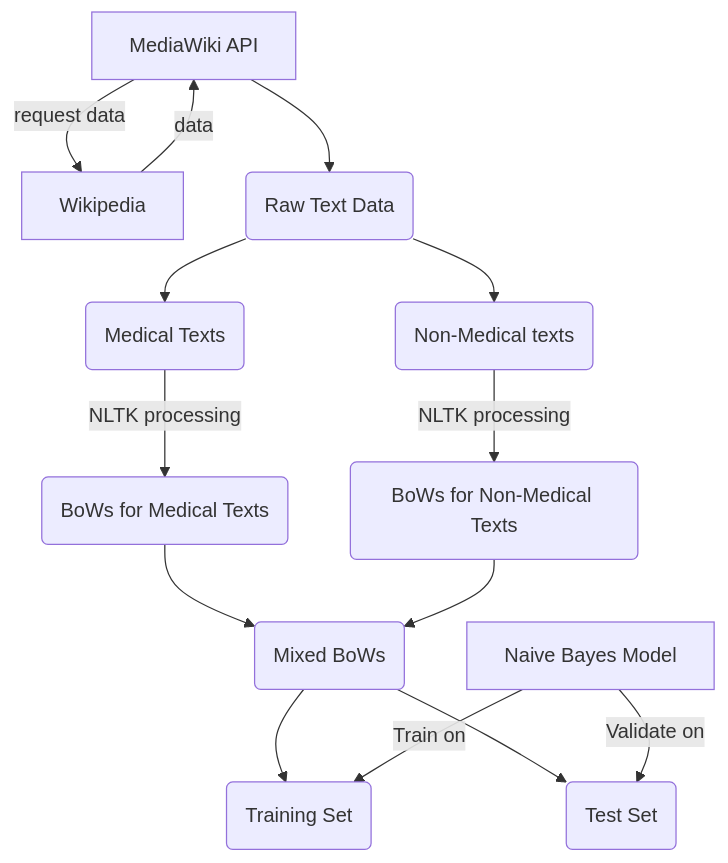
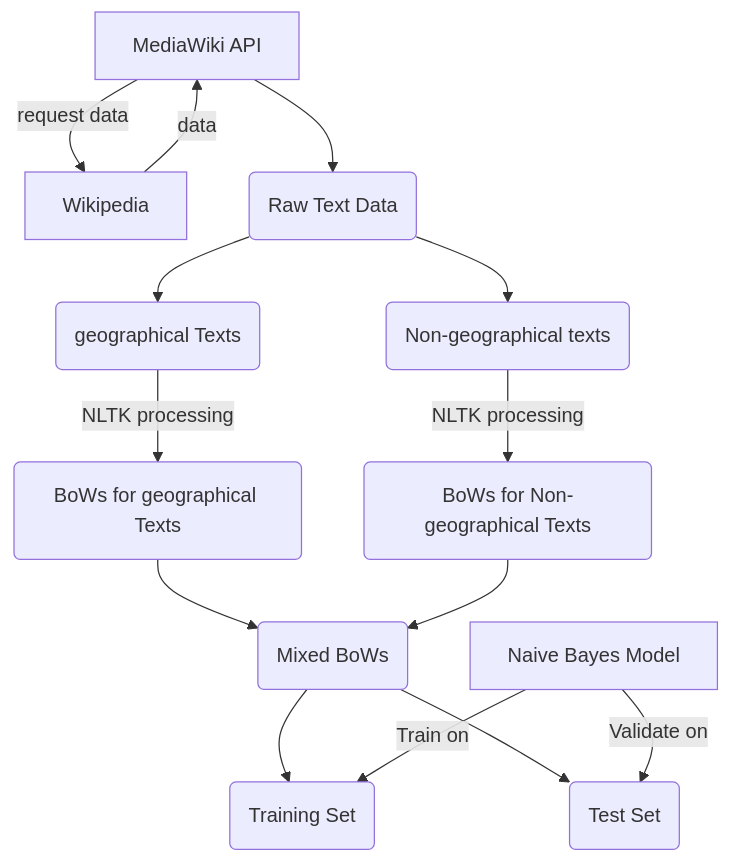
One commit to qqmok/nltk_nb_medical changed the diagram in README.md. Above: the diagram before and after it, drawn with Mermaid. The commit also changed other lines of this file, not shown here.

````diff
--- a/README.md
+++ b/README.md
@@ -13,17 +14,17 @@
 ```mermaid
 flowchart TD
     A[MediaWiki API] -->|request data| B[Wikipedia]
     B --> |data|A
 
     A --> C(Raw Text Data)
-    C --> D(Medical Texts)
-    C --> E(Non-Medical texts)
-    D --> |NLTK processing| F(BoWs for Medical Texts)
-    E --> |NLTK processing| G(BoWs for Non-Medical Texts)
+    C --> D(geographical Texts)
+    C --> E(Non-geographical texts)
+    D --> |NLTK processing| F(BoWs for geographical Texts)
+    E --> |NLTK processing| G(BoWs for Non-geographical Texts)
     F --> H(Mixed BoWs)
     G --> H
     H --> I(Training Set)
     H --> J(Test Set)
     K[Naive Bayes Model] --> |Train on|I
     K --> |Validate on|J
 ```
````
